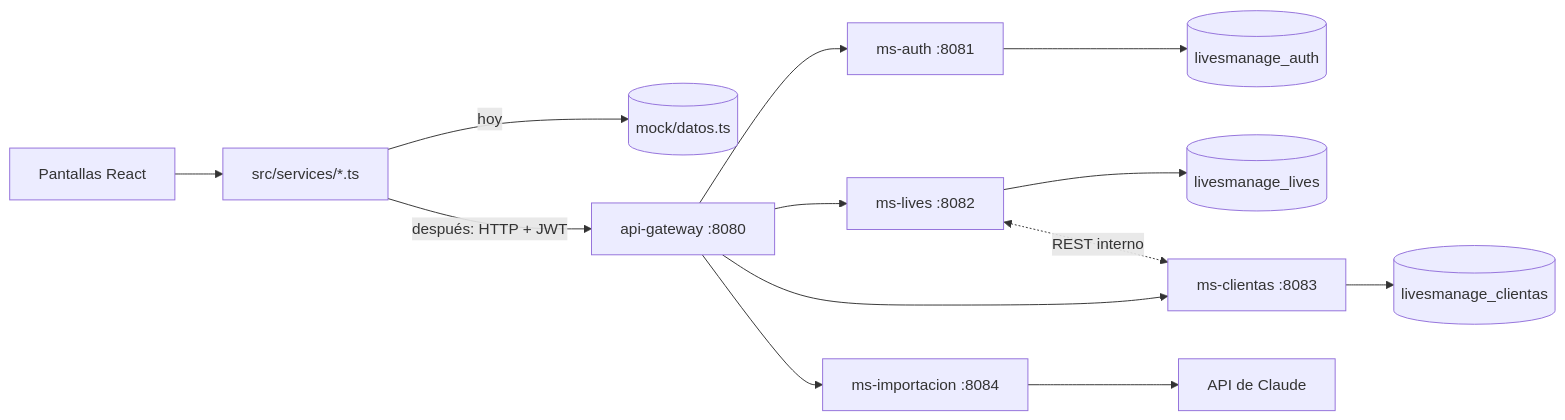
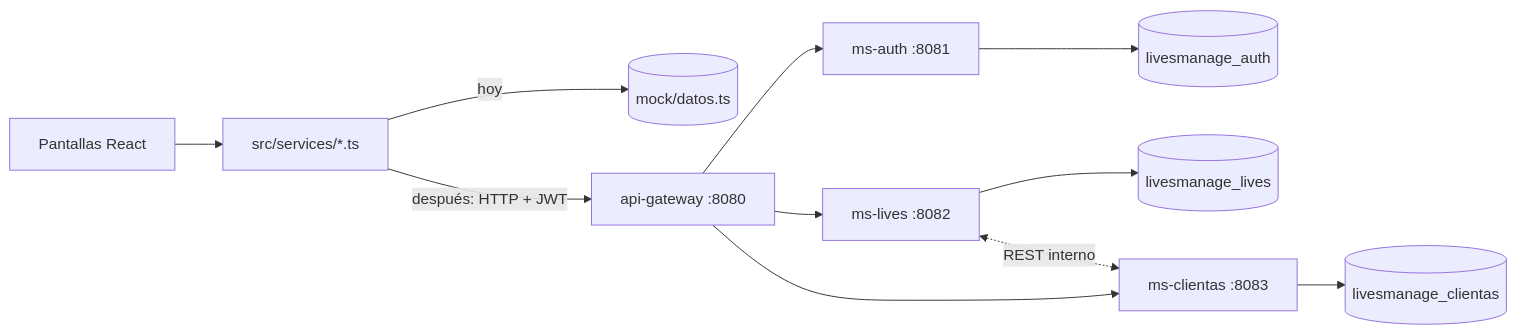
The diagram in docs/plan-backend.md (maxxrry/LivesManage), drawn with Mermaid before and after one commit. The commit also changed other lines of this file and 10 other files, not shown here.

````diff
--- a/docs/plan-backend.md
+++ b/docs/plan-backend.md
@@ -9,11 +9,10 @@
 ```mermaid
 flowchart LR
   P[Pantallas React] --> S[src/services/*.ts]
   S -- hoy --> M[(mock/datos.ts)]
   S -- después: HTTP + JWT --> G[api-gateway :8080]
   G --> A[ms-auth :8081] --> DA[(livesmanage_auth)]
   G --> L[ms-lives :8082] --> DL[(livesmanage_lives)]
   G --> C[ms-clientas :8083] --> DC[(livesmanage_clientas)]
-  G --> I[ms-importacion :8084] --> CL[API de Claude]
   L <-. REST interno .-> C
 ```
````
